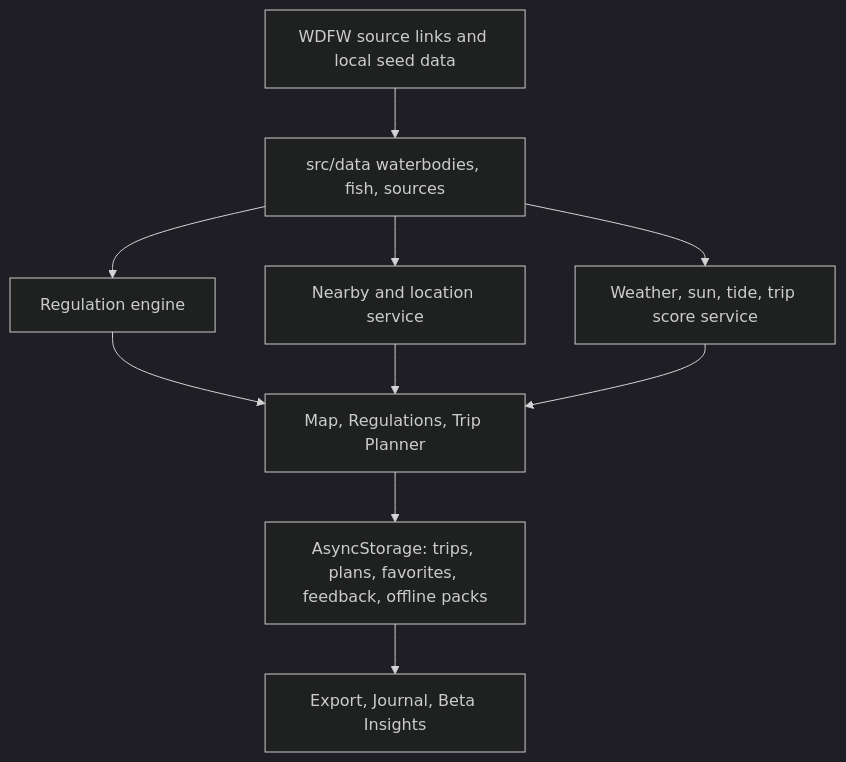
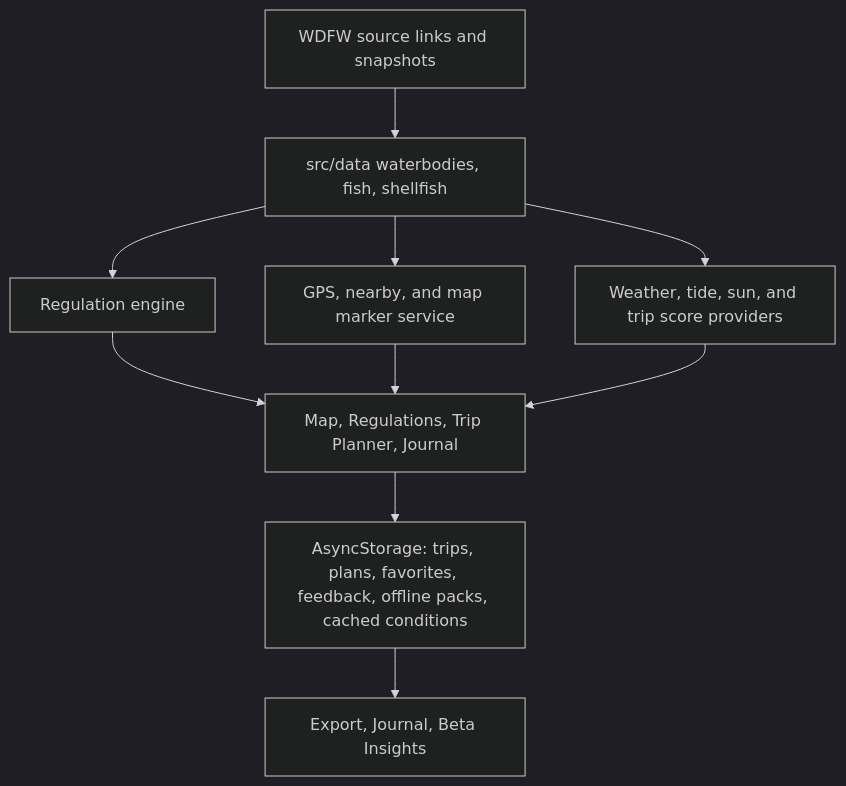
One commit to Aeh961/unskunked changed the diagram in README.md. Above: the diagram before and after it, drawn with Mermaid (dark theme). The commit also changed other lines of this file and 38 other files, not shown here.

Commit message:
Add Phase 9 GPS shellfish readiness

````diff
--- a/README.md
+++ b/README.md
@@ -63,12 +72,12 @@
 ```mermaid
 flowchart TD
-  A["WDFW source links and local seed data"] --> B["src/data waterbodies, fish, sources"]
+  A["WDFW source links and snapshots"] --> B["src/data waterbodies, fish, shellfish"]
   B --> C["Regulation engine"]
-  B --> D["Nearby and location service"]
-  B --> E["Weather, sun, tide, trip score service"]
-  C --> F["Map, Regulations, Trip Planner"]
+  B --> D["GPS, nearby, and map marker service"]
+  B --> E["Weather, tide, sun, and trip score providers"]
+  C --> F["Map, Regulations, Trip Planner, Journal"]
   D --> F
   E --> F
-  F --> G["AsyncStorage: trips, plans, favorites, feedback, offline packs"]
+  F --> G["AsyncStorage: trips, plans, favorites, feedback, offline packs, cached conditions"]
   G --> H["Export, Journal, Beta Insights"]
 ```
````
